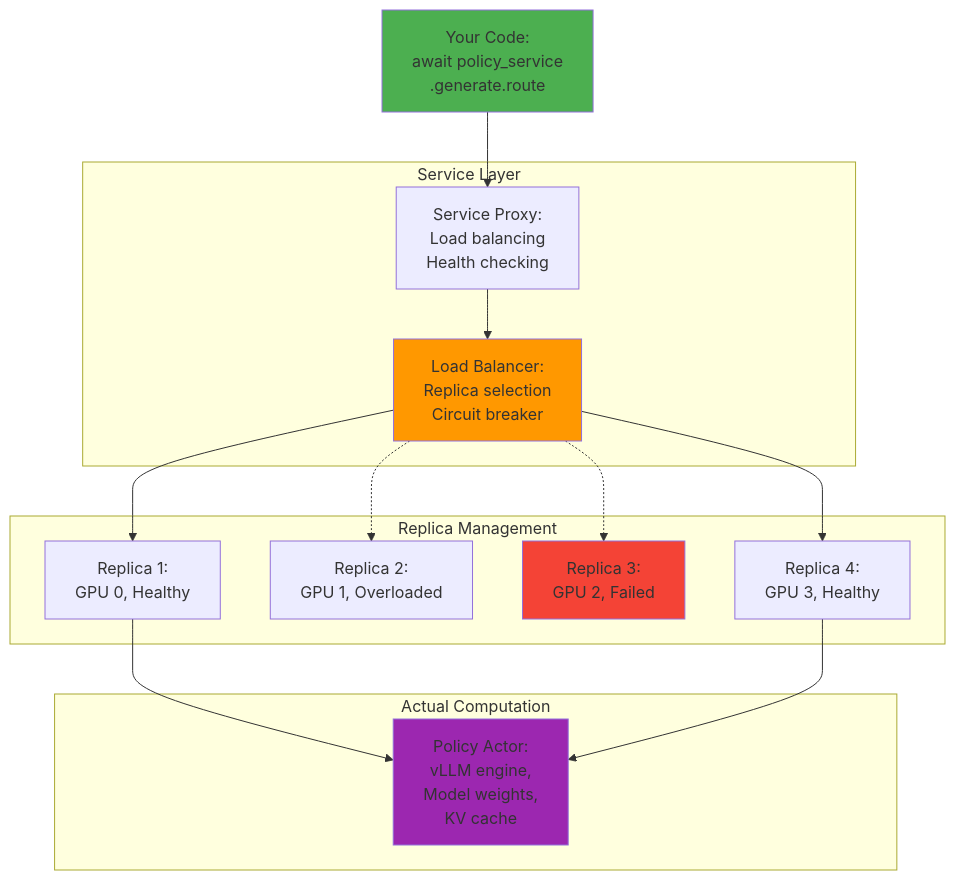
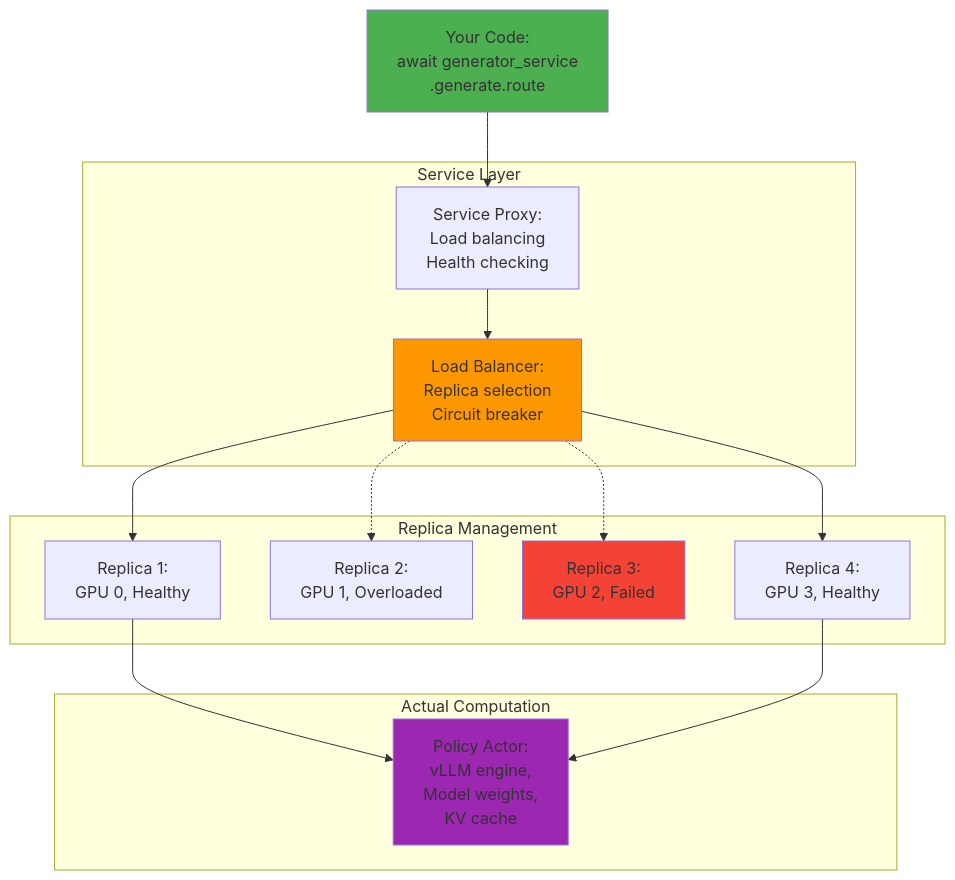
Before and after one commit to meta-pytorch/torchforge: the first of 2 diagrams in docs/source/tutorial_sources/zero-to-forge/2_Forge_Internals.md, drawn with Mermaid. The commit also changed other lines of this file and 7 other files, not shown here.

````diff
--- a/docs/source/tutorial_sources/zero-to-forge/2_Forge_Internals.md
+++ b/docs/source/tutorial_sources/zero-to-forge/2_Forge_Internals.md
@@ -13,47 +13,47 @@
 ```mermaid
 graph TD
     Call["Your Code:
-    await policy_service
+    await generator_service
     .generate.route"]
 
     subgraph ServiceLayer["Service Layer"]
         Proxy["Service Proxy:
         Load balancing
         Health checking"]
         LB["Load Balancer:
         Replica selection
         Circuit breaker"]
     end
 
     subgraph Replicas["Replica Management"]
         R1["Replica 1:
         GPU 0, Healthy"]
         R2["Replica 2:
         GPU 1, Overloaded"]
         R3["Replica 3:
         GPU 2, Failed"]
         R4["Replica 4:
         GPU 3, Healthy"]
     end
 
     subgraph Compute["Actual Computation"]
         Actor["Policy Actor:
         vLLM engine,
         Model weights,
         KV cache"]
     end
 
     Call --> Proxy
     Proxy --> LB
     LB --> R1
     LB -.-> R2
     LB -.-> R3
     LB --> R4
     R1 --> Actor
     R4 --> Actor
 
     style Call fill:#4CAF50
     style LB fill:#FF9800
     style R3 fill:#F44336
     style Actor fill:#9C27B0
 ```
````
